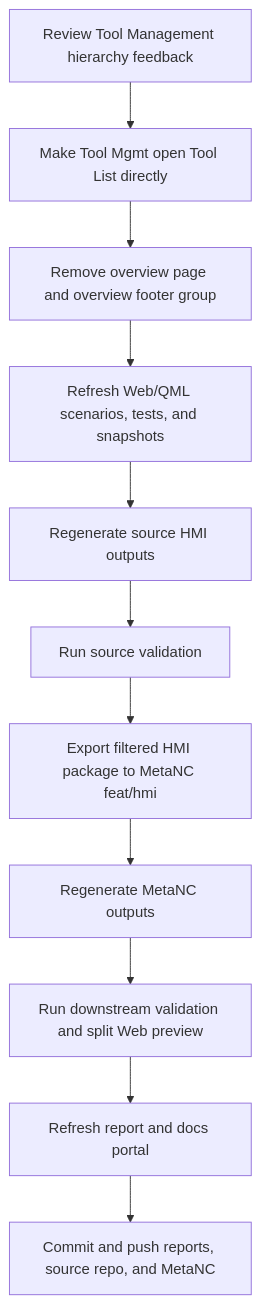
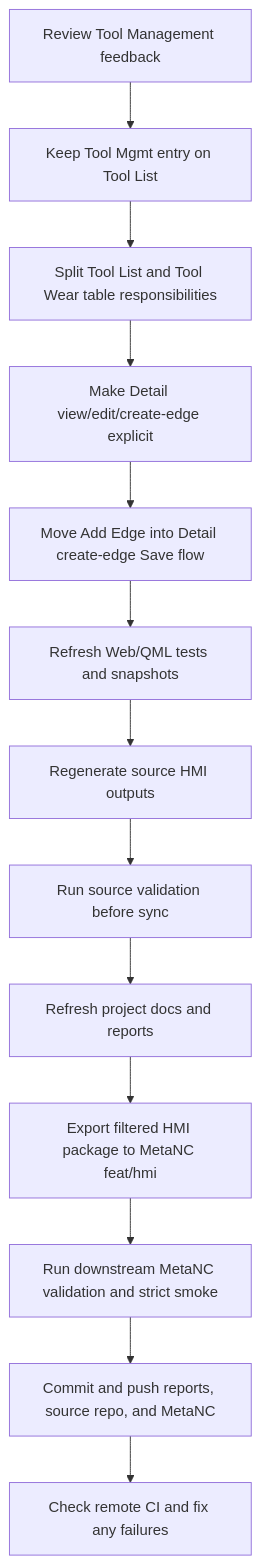
One commit to luppiterw/metanc_hmi_dsl_reports changed the diagram in 2026-05-27-codex-session/workflow-diagram.md. Above: the diagram before and after it, drawn with Mermaid. The commit also changed 20 other files, not shown here.

Commit message:
docs: refresh 2026-05-27 HMI report

````diff
--- a/2026-05-27-codex-session/workflow-diagram.md
+++ b/2026-05-27-codex-session/workflow-diagram.md
@@ -3,13 +3,15 @@
 ```mermaid
 flowchart TD
-  A[Review Tool Management hierarchy feedback] --> B[Make Tool Mgmt open Tool List directly]
-  B --> C[Remove overview page and overview footer group]
-  C --> D[Refresh Web/QML scenarios, tests, and snapshots]
-  D --> E[Regenerate source HMI outputs]
-  E --> F[Run source validation]
-  F --> G[Export filtered HMI package to MetaNC feat/hmi]
-  G --> H[Regenerate MetaNC outputs]
-  H --> I[Run downstream validation and split Web preview]
-  I --> J[Refresh report and docs portal]
-  J --> K[Commit and push reports, source repo, and MetaNC]
+  A[Review Tool Management feedback] --> B[Keep Tool Mgmt entry on Tool List]
+  B --> C[Split Tool List and Tool Wear table responsibilities]
+  C --> D[Make Detail view/edit/create-edge explicit]
+  D --> E[Move Add Edge into Detail create-edge Save flow]
+  E --> F[Refresh Web/QML tests and snapshots]
+  F --> G[Regenerate source HMI outputs]
+  G --> H[Run source validation before sync]
+  H --> I[Refresh project docs and reports]
+  I --> J[Export filtered HMI package to MetaNC feat/hmi]
+  J --> K[Run downstream MetaNC validation and strict smoke]
+  K --> L[Commit and push reports, source repo, and MetaNC]
+  L --> M[Check remote CI and fix any failures]
 ```
````
